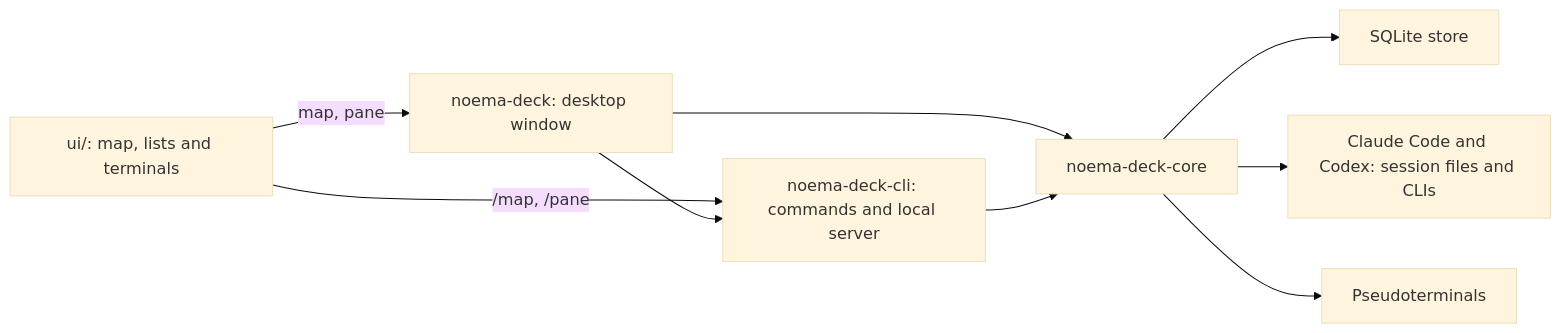
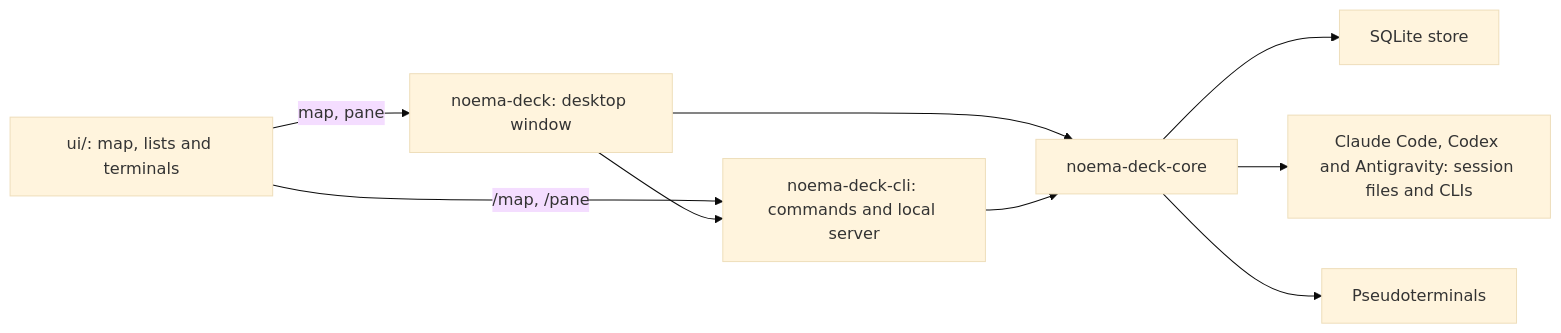
Before and after one commit to noema-kit/noema-deck: the first of 2 diagrams in docs/architecture.md, drawn with Mermaid (base theme). The commit also changed other lines of this file and 14 other files, not shown here.

First line of the commit message:
Support Antigravity sessions beside Claude Code and Codex

````diff
--- a/docs/architecture.md
+++ b/docs/architecture.md
@@ -7,11 +7,11 @@
 ```mermaid
 flowchart LR
     UI["ui/: map, lists and terminals"] -->|map, pane| APP["noema-deck: desktop window"]
     UI -->|/map, /pane| CLI["noema-deck-cli: commands and local server"]
     APP --> CLI
     APP --> CORE["noema-deck-core"]
     CLI --> CORE
     CORE --> S["SQLite store"]
-    CORE --> A["Claude Code and Codex: session files and CLIs"]
+    CORE --> A["Claude Code, Codex and Antigravity: session files and CLIs"]
     CORE --> T["Pseudoterminals"]
 ```
````
